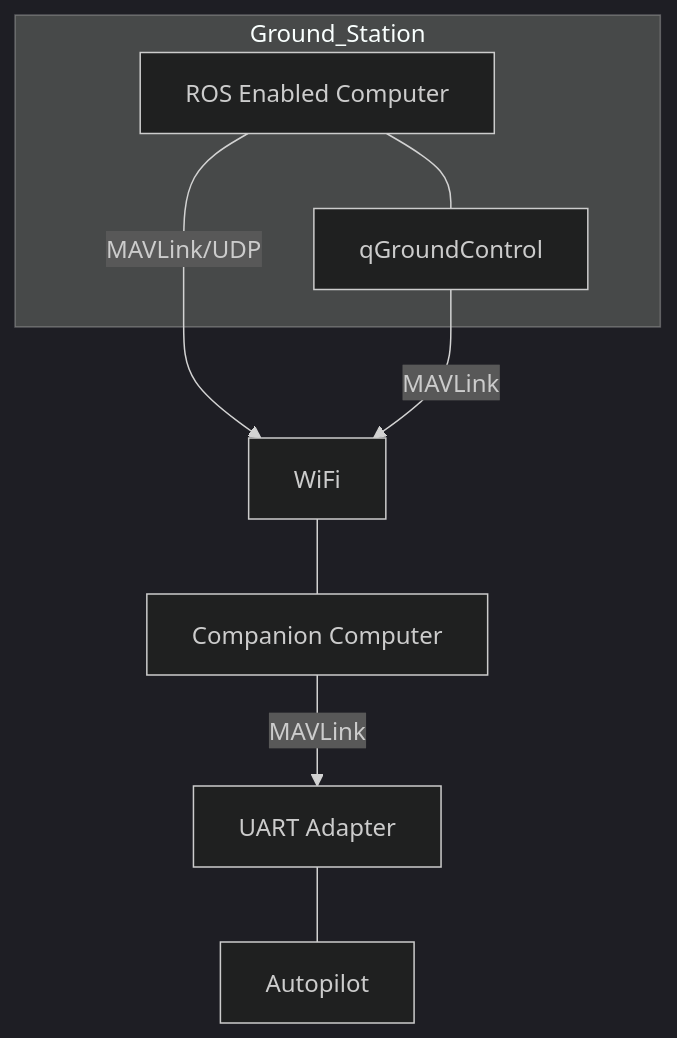
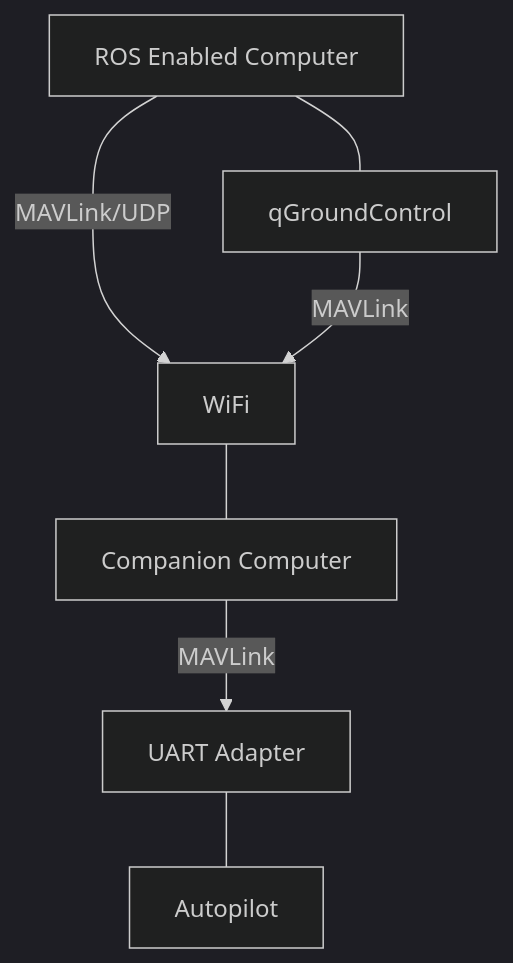
One commit to yxftju/PX4Devguide changed the third of 3 diagrams in offboard-control.md. Above: the diagram before and after it, drawn with Mermaid (dark theme).

Commit message:
Updates offboard-control.md
Auto commit by GitBook Editor

```diff
--- a/offboard-control.md
+++ b/offboard-control.md
@@ -62,11 +62,9 @@
 {% mermaid %}
  graph TD;
-   subgraph Ground_Station;
    gnd[ROS Enabled Computer] --- qgc[qGroundControl];
-   end;
   gnd --MAVLink/UDP--> w[WiFi];
   qgc --MAVLink--> w;
   comp[Companion Computer] --MAVLink--> uart[UART Adapter];
   uart --- Autopilot;
   w --- comp;
 {% endmermaid %}
```
